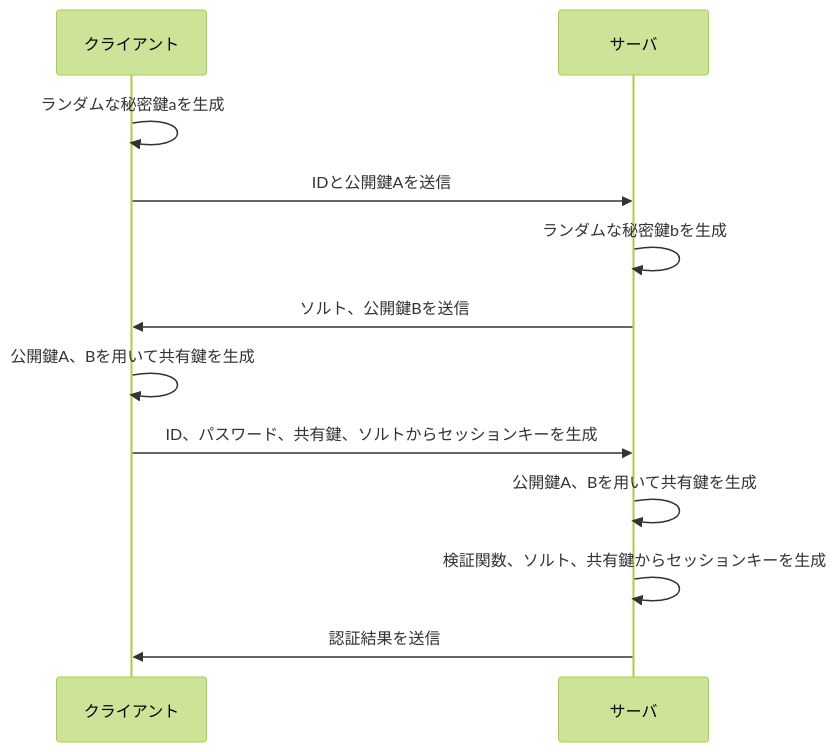
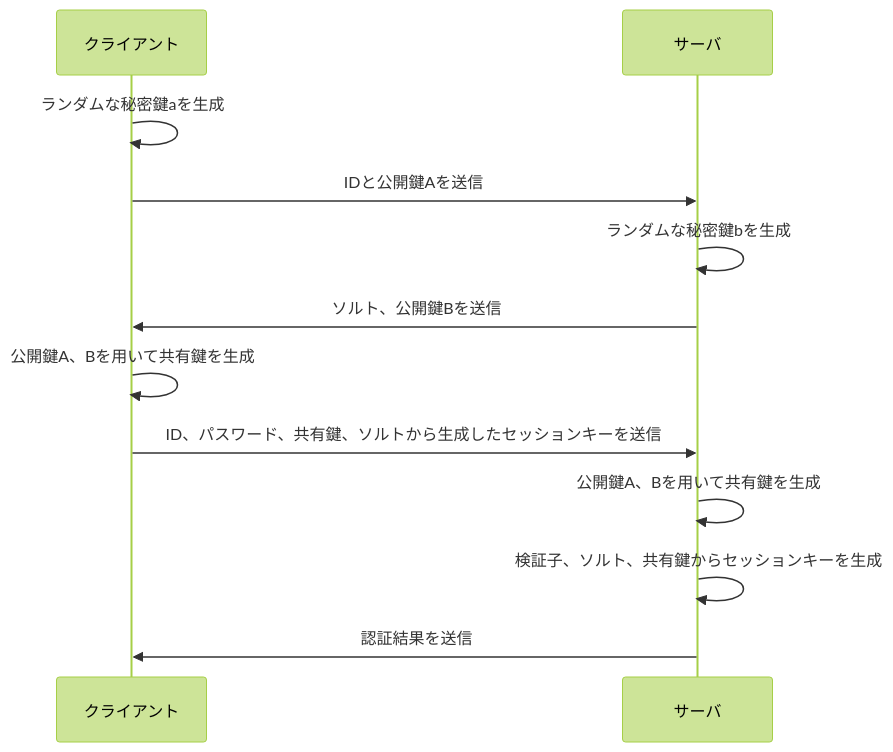
Before and after one commit to caru-ini/zenn-articles: the second of 2 diagrams in articles/ec27e2d1700270.md, drawn with Mermaid (forest theme). The commit also changed other lines of this file, not shown here.

````diff
--- a/articles/ec27e2d1700270.md
+++ b/articles/ec27e2d1700270.md
@@ -52,16 +52,16 @@
 ```mermaid
 sequenceDiagram
     participant C as クライアント
     participant S as サーバ
 
     C->>C: ランダムな秘密鍵aを生成
     C->>S: IDと公開鍵Aを送信
 
     S->>S: ランダムな秘密鍵bを生成
     S->>C: ソルト、公開鍵Bを送信
     C->>C: 公開鍵A、Bを用いて共有鍵を生成
-    C->>S: ID、パスワード、共有鍵、ソルトからセッションキーを生成
+    C->>S: ID、パスワード、共有鍵、ソルトから生成したセッションキーを送信
     S->>S: 公開鍵A、Bを用いて共有鍵を生成
-    S->>S: 検証関数、ソルト、共有鍵からセッションキーを生成
+    S->>S: 検証子、ソルト、共有鍵からセッションキーを生成
     S->>C: 認証結果を送信
 ```
````
